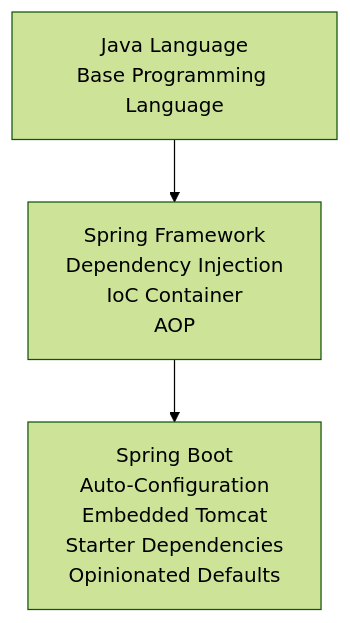
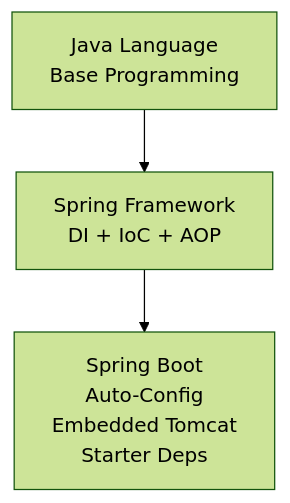
Before and after one commit to KARTHIKAKRISHNA123/todoist: diagram 17 of 19 in README.Md, drawn with Mermaid (forest theme). The commit also changed other lines of this file, not shown here.

````diff
--- a/README.Md
+++ b/README.Md
@@ -981,9 +829,7 @@
 ```mermaid
 flowchart TD
-    A[Java Language\nBase Programming Language]
-    B[Spring Framework\nDependency Injection\nIoC Container\nAOP]
-    C[Spring Boot\nAuto-Configuration\nEmbedded Tomcat\nStarter Dependencies\nOpinionated Defaults]
-
-    A --> B
-    B --> C
+    A[Java Language\nBase Programming]
+    B[Spring Framework\nDI + IoC + AOP]
+    C[Spring Boot\nAuto-Config\nEmbedded Tomcat\nStarter Deps]
+    A --> B --> C
 ```
````
